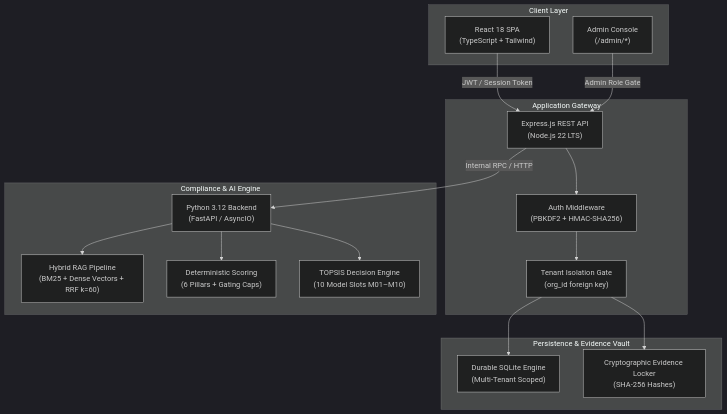
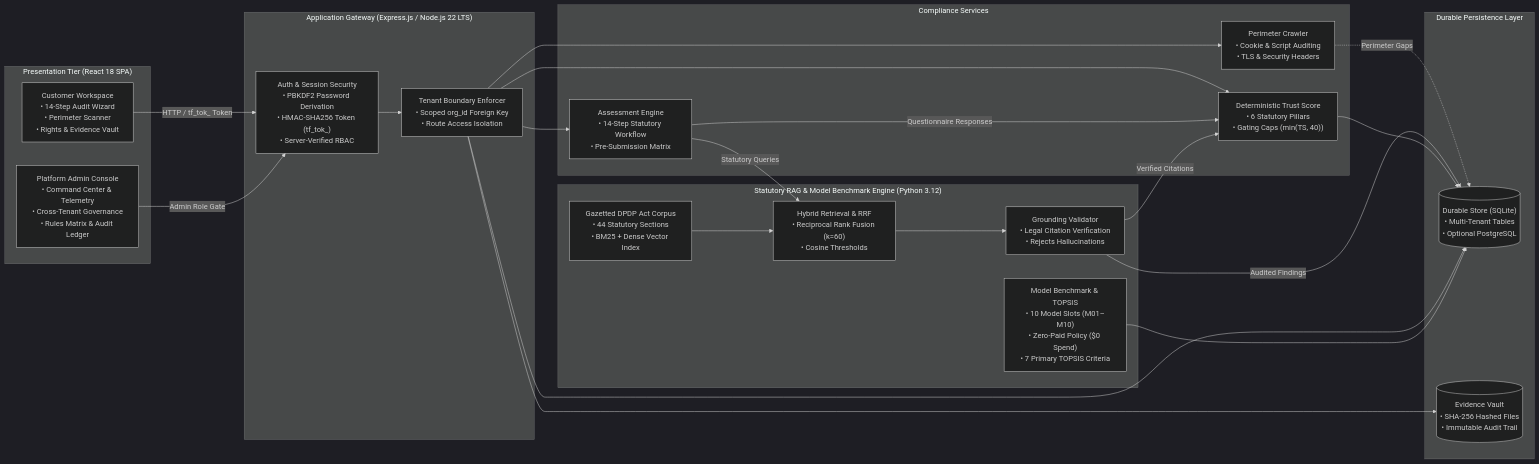
One commit to Mannan55/TrustForge changed the diagram in README.md. Above: the diagram before and after it, drawn with Mermaid (dark theme). The commit also changed other lines of this file and 1 other file, not shown here.

Commit message:
docs: upgrade system architecture diagrams with decoupled subsystem topology and detailed sequence specifications

````diff
--- a/README.md
+++ b/README.md
@@ -37,35 +37,56 @@
 ```mermaid
-flowchart TD
-    subgraph ClientLayer ["Client Layer"]
-        A["React 18 SPA\n(TypeScript + Tailwind)"]
-        B["Admin Console\n(/admin/*)"]
+flowchart LR
+    %% Clients Tier
+    subgraph Presentation ["Presentation Tier (React 18 SPA)"]
+        UI_Cust["Customer Workspace<br/>• 14-Step Audit Wizard<br/>• Perimeter Scanner<br/>• Rights & Evidence Vault"]
+        UI_Admin["Platform Admin Console<br/>• Command Center & Telemetry<br/>• Cross-Tenant Governance<br/>• Rules Matrix & Audit Ledger"]
     end
 
-    subgraph APILayer ["Application Gateway"]
-        C["Express.js REST API\n(Node.js 22 LTS)"]
-        D["Auth Middleware\n(PBKDF2 + HMAC-SHA256)"]
-        E["Tenant Isolation Gate\n(org_id foreign key)"]
+    %% API Gateway & Security
+    subgraph Gateway ["Application Gateway (Express.js / Node.js 22 LTS)"]
+        AUTH["Auth & Session Security<br/>• PBKDF2 Password Derivation<br/>• HMAC-SHA256 Token (tf_tok_)<br/>• Server-Verified RBAC"]
+        TENANT["Tenant Boundary Enforcer<br/>• Scoped org_id Foreign Key<br/>• Route Access Isolation"]
     end
 
-    subgraph ServiceLayer ["Compliance & AI Engine"]
-        F["Python 3.12 Backend\n(FastAPI / AsyncIO)"]
-        G["Hybrid RAG Pipeline\n(BM25 + Dense Vectors + RRF k=60)"]
-        H["Deterministic Scoring\n(6 Pillars + Gating Caps)"]
-        I["TOPSIS Decision Engine\n(10 Model Slots M01–M10)"]
+    %% Core Application & Compliance Services
+    subgraph Compliance ["Compliance Services"]
+        SCANNER["Perimeter Crawler<br/>• Cookie & Script Auditing<br/>• TLS & Security Headers"]
+        ASSESS["Assessment Engine<br/>• 14-Step Statutory Workflow<br/>• Pre-Submission Matrix"]
+        SCORE["Deterministic Trust Score<br/>• 6 Statutory Pillars<br/>• Gating Caps (min(TS, 40))"]
     end
 
-    subgraph StorageLayer ["Persistence & Evidence Vault"]
-        J["Durable SQLite Engine\n(Multi-Tenant Scoped)"]
-        K["Cryptographic Evidence Locker\n(SHA-256 Hashes)"]
+    %% AI / RAG & Legal Retrieval Service
+    subgraph AI_Engine ["Statutory RAG & Model Benchmark Engine (Python 3.12)"]
+        CORPUS["Gazetted DPDP Act Corpus<br/>• 44 Statutory Sections<br/>• BM25 + Dense Vector Index"]
+        RRF["Hybrid Retrieval & RRF<br/>• Reciprocal Rank Fusion (k=60)<br/>• Cosine Thresholds"]
+        GROUND["Grounding Validator<br/>• Legal Citation Verification<br/>• Rejects Hallucinations"]
+        BENCH["Model Benchmark & TOPSIS<br/>• 10 Model Slots (M01–M10)<br/>• Zero-Paid Policy ($0 Spend)<br/>• 7 Primary TOPSIS Criteria"]
     end
 
-    A -->|JWT / Session Token| C
-    B -->|Admin Role Gate| C
-    C --> D --> E
-    E --> J
-    E --> K
-    C -->|Internal RPC / HTTP| F
-    F --> G
-    F --> H
-    F --> I
+    %% Persistence Tier
+    subgraph Storage ["Durable Persistence Layer"]
+        STORE[("Durable Store (SQLite)<br/>• Multi-Tenant Tables<br/>• Optional PostgreSQL")]
+        VAULT[("Evidence Vault<br/>• SHA-256 Hashed Files<br/>• Immutable Audit Trail")]
+    end
+
+    %% Workflows & Data Flows
+    UI_Cust -->|HTTP / tf_tok_ Token| AUTH
+    UI_Admin -->|Admin Role Gate| AUTH
+    AUTH --> TENANT
+    TENANT --> SCANNER
+    TENANT --> ASSESS
+    TENANT --> SCORE
+
+    SCANNER -.->|Perimeter Gaps| STORE
+    ASSESS -->|Questionnaire Responses| SCORE
+    ASSESS -->|Statutory Queries| RRF
+    CORPUS --> RRF
+    RRF --> GROUND
+    GROUND -->|Verified Citations| SCORE
+    GROUND -->|Audited Findings| STORE
+
+    SCORE --> STORE
+    TENANT --> STORE
+    TENANT --> VAULT
+    BENCH --> STORE
 ```
````
